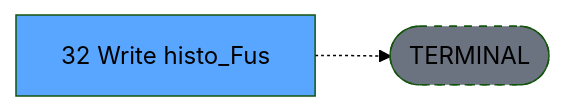
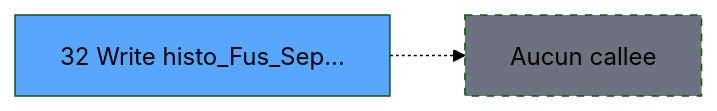
The third of 3 diagrams in .openspec/specs/ADH-IDE-32.md (thonyAGP/lecteur-magic), drawn with Mermaid (forest theme) before and after one commit. The commit also changed other lines of this file and 96 other files, not shown here.

````diff
--- a/.openspec/specs/ADH-IDE-32.md
+++ b/.openspec/specs/ADH-IDE-32.md
@@ -134,8 +179,8 @@
 ```mermaid
 graph LR
-    T[32 Write histo_Fus]
-    TERM([TERMINAL])
-    T -.-> TERM
-    style TERM fill:#6b7280,stroke-dasharray: 5 5
-    style T fill:#58a6ff,color:#000
+    T32[32 Write histo_Fus_Sep...]
+    style T32 fill:#58a6ff
+    NONE[Aucun callee]
+    T32 -.-> NONE
+    style NONE fill:#6b7280,stroke-dasharray: 5 5
 ```
````
